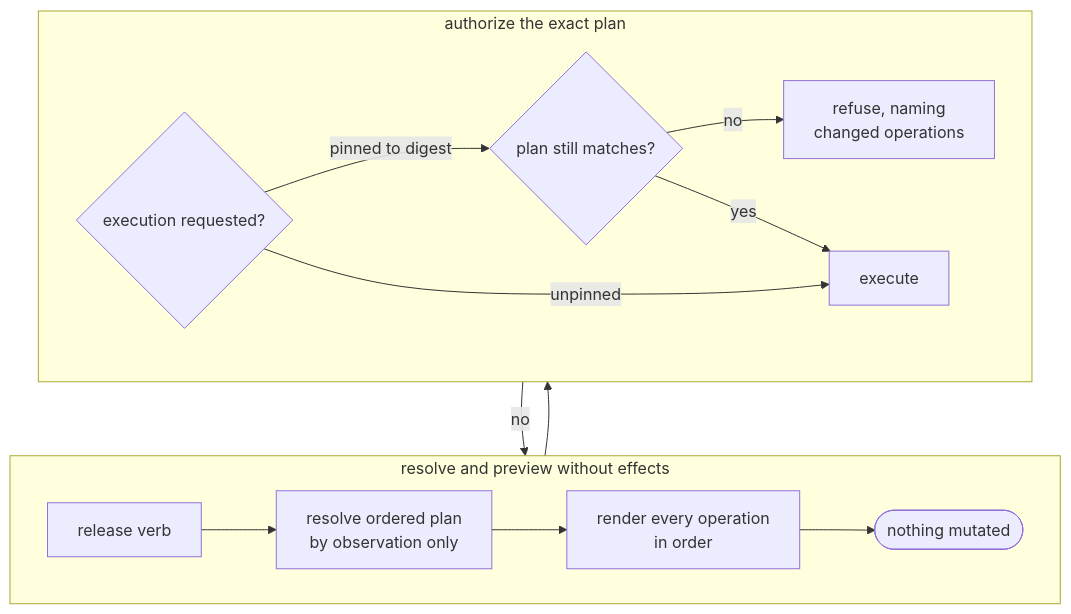
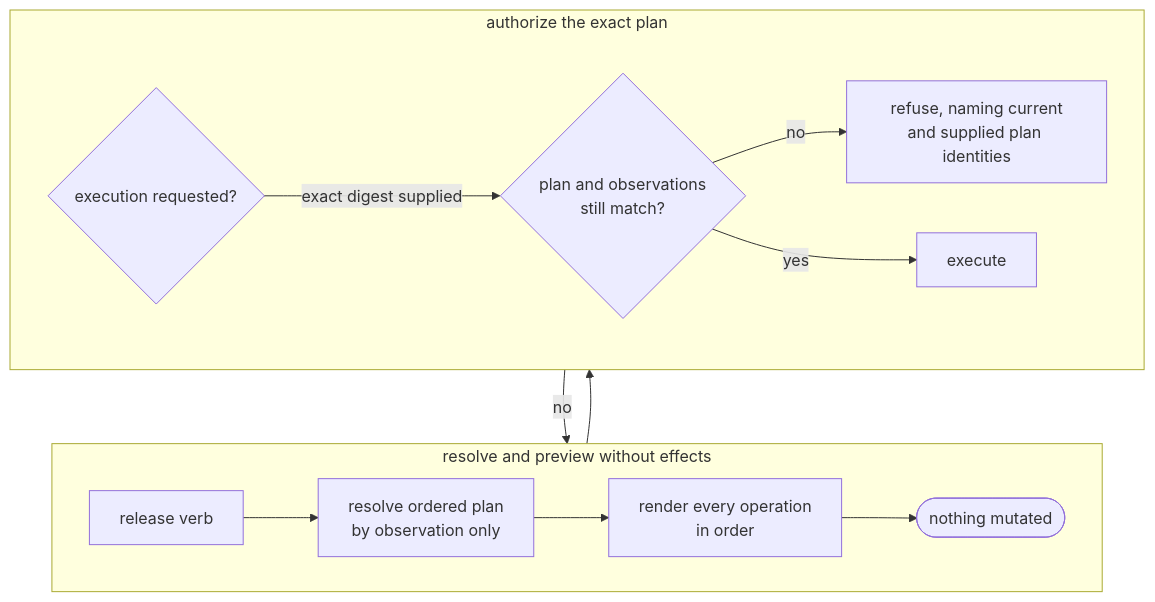
One commit to infimalabs/spice-rust changed the first of 10 diagrams in docs/product/planes/distribution.md. Above: the diagram before and after it, drawn with Mermaid. The commit also changed other lines of this file and 71 other files, not shown here.

````diff
--- a/docs/product/planes/distribution.md
+++ b/docs/product/planes/distribution.md
@@ -13,19 +15,18 @@
 ```mermaid
 flowchart TD
   subgraph PREVIEW["resolve and preview without effects"]
     direction LR
     I["release verb"] --> R["resolve ordered plan<br/>by observation only"]
     R --> P["render every operation<br/>in order"]
     P --> STOP(["nothing mutated"])
   end
   subgraph EXECUTION["authorize the exact plan"]
     direction LR
     A{"execution requested?"}
-    A -- "pinned to digest" --> C{"plan still matches?"}
-    C -- no --> X["refuse, naming<br/>changed operations"]
+    A -- "exact digest supplied" --> C{"plan and observations<br/>still match?"}
+    C -- no --> X["refuse, naming current<br/>and supplied plan identities"]
     C -- yes --> E[execute]
-    A -- unpinned --> E
   end
   P --> A
   A -- no --> STOP
 ```
````
